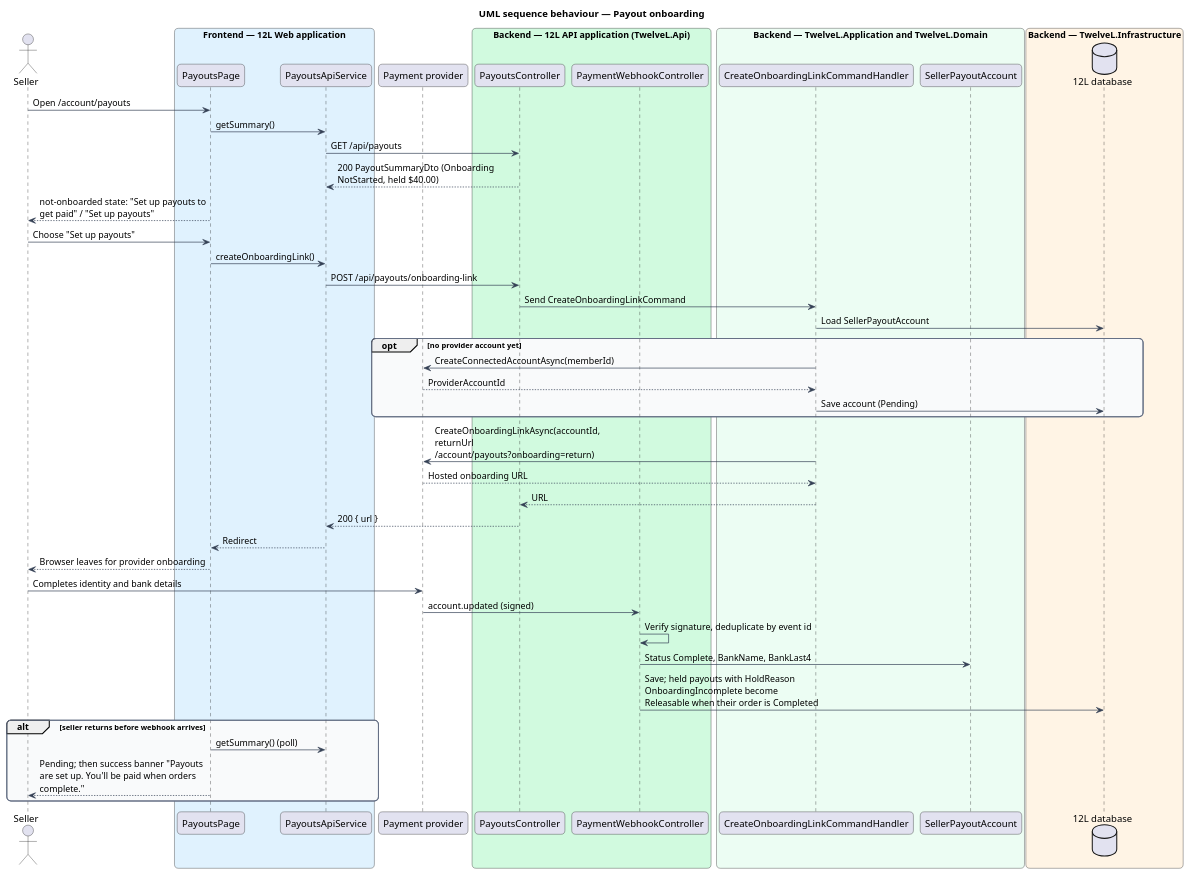
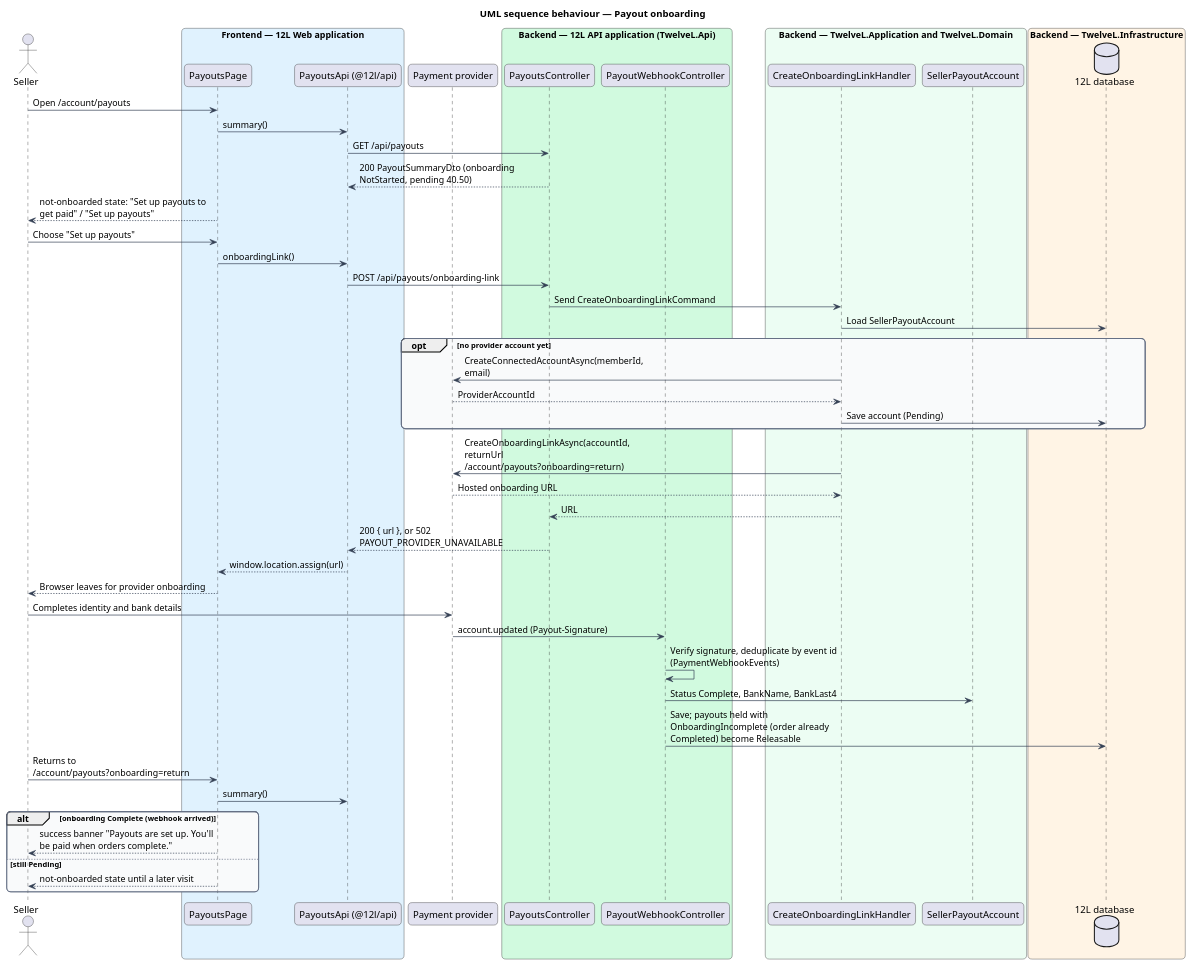
One commit to QuinntyneBrown/12l changed the diagram in docs/detailed-designs/orders/seller-payouts/diagrams/sequence-onboarding.puml. Above: the diagram before and after it, drawn with PlantUML. The commit also changed 64 other files, not shown here.

Commit message:
Document seller-payouts: design, ADR orders/0005, L2-031, Stat and Alert, composition, estimates

```diff
--- a/docs/detailed-designs/orders/seller-payouts/diagrams/sequence-onboarding.puml
+++ b/docs/detailed-designs/orders/seller-payouts/diagrams/sequence-onboarding.puml
@@ -1,66 +1,69 @@
 @startuml
 title UML sequence behaviour — Payout onboarding
 skinparam backgroundColor #FFFFFF
 skinparam shadowing false
 skinparam roundcorner 12
 skinparam defaultFontName Arial
 skinparam ArrowColor #344054
 skinparam rectangle {
   BorderColor #344054
   FontColor #101828
 }
 skinparam package {
   BorderColor #667085
   FontColor #101828
   BackgroundColor #F9FAFB
 }
 skinparam sequenceMessageAlign left
 skinparam maxMessageSize 260
 actor "Seller" as actor
 box "Frontend — 12L Web application" #E0F2FE
   participant "PayoutsPage" as page
-  participant "PayoutsApiService" as client
+  participant "PayoutsApi (@12l/api)" as client
 end box
 participant "Payment provider" as pay
 box "Backend — 12L API application (TwelveL.Api)" #D1FADF
   participant "PayoutsController" as ctrl
-  participant "PaymentWebhookController" as wh
+  participant "PayoutWebhookController" as wh
 end box
 box "Backend — TwelveL.Application and TwelveL.Domain" #ECFDF3
-  participant "CreateOnboardingLinkCommandHandler" as h
+  participant "CreateOnboardingLinkHandler" as h
   participant "SellerPayoutAccount" as acct
 end box
 box "Backend — TwelveL.Infrastructure" #FFF4E5
   database "12L database" as db
 end box
 actor -> page : Open /account/payouts
-page -> client : getSummary()
+page -> client : summary()
 client -> ctrl : GET /api/payouts
-ctrl --> client : 200 PayoutSummaryDto (Onboarding NotStarted, held $40.00)
+ctrl --> client : 200 PayoutSummaryDto (onboarding NotStarted, pending 40.50)
 page --> actor : not-onboarded state: "Set up payouts to get paid" / "Set up payouts"
 actor -> page : Choose "Set up payouts"
-page -> client : createOnboardingLink()
+page -> client : onboardingLink()
 client -> ctrl : POST /api/payouts/onboarding-link
 ctrl -> h : Send CreateOnboardingLinkCommand
 h -> db : Load SellerPayoutAccount
 opt no provider account yet
-  h -> pay : CreateConnectedAccountAsync(memberId)
+  h -> pay : CreateConnectedAccountAsync(memberId, email)
   pay --> h : ProviderAccountId
   h -> db : Save account (Pending)
 end
 h -> pay : CreateOnboardingLinkAsync(accountId, returnUrl /account/payouts?onboarding=return)
 pay --> h : Hosted onboarding URL
 h --> ctrl : URL
-ctrl --> client : 200 { url }
-client --> page : Redirect
+ctrl --> client : 200 { url }, or 502 PAYOUT_PROVIDER_UNAVAILABLE
+client --> page : window.location.assign(url)
 page --> actor : Browser leaves for provider onboarding
 actor -> pay : Completes identity and bank details
-pay -> wh : account.updated (signed)
-wh -> wh : Verify signature, deduplicate by event id
+pay -> wh : account.updated (Payout-Signature)
+wh -> wh : Verify signature, deduplicate by event id (PaymentWebhookEvents)
 wh -> acct : Status Complete, BankName, BankLast4
-wh -> db : Save; held payouts with HoldReason OnboardingIncomplete become Releasable when their order is Completed
-alt seller returns before webhook arrives
-  page -> client : getSummary() (poll)
-  page --> actor : Pending; then success banner "Payouts are set up. You'll be paid when orders complete."
+wh -> db : Save; payouts held with OnboardingIncomplete (order already Completed) become Releasable
+actor -> page : Returns to /account/payouts?onboarding=return
+page -> client : summary()
+alt onboarding Complete (webhook arrived)
+  page --> actor : success banner "Payouts are set up. You'll be paid when orders complete."
+else still Pending
+  page --> actor : not-onboarded state until a later visit
 end
 @enduml
```
